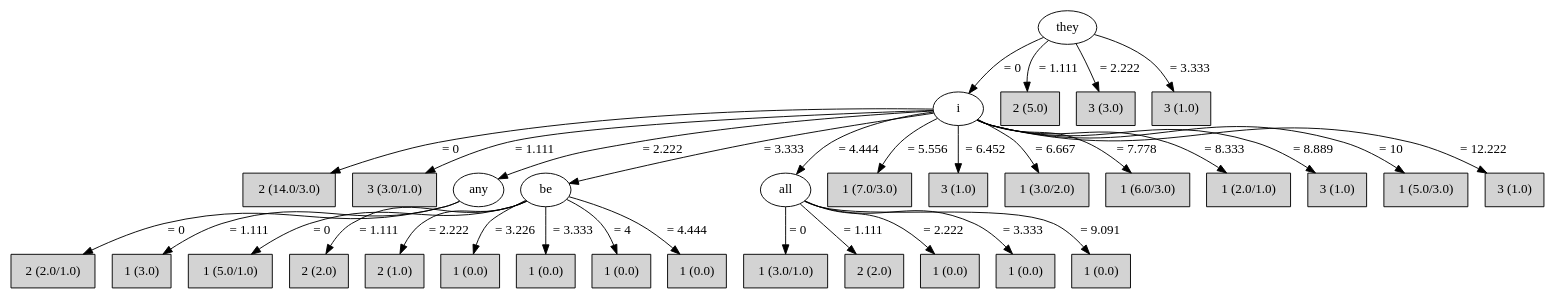
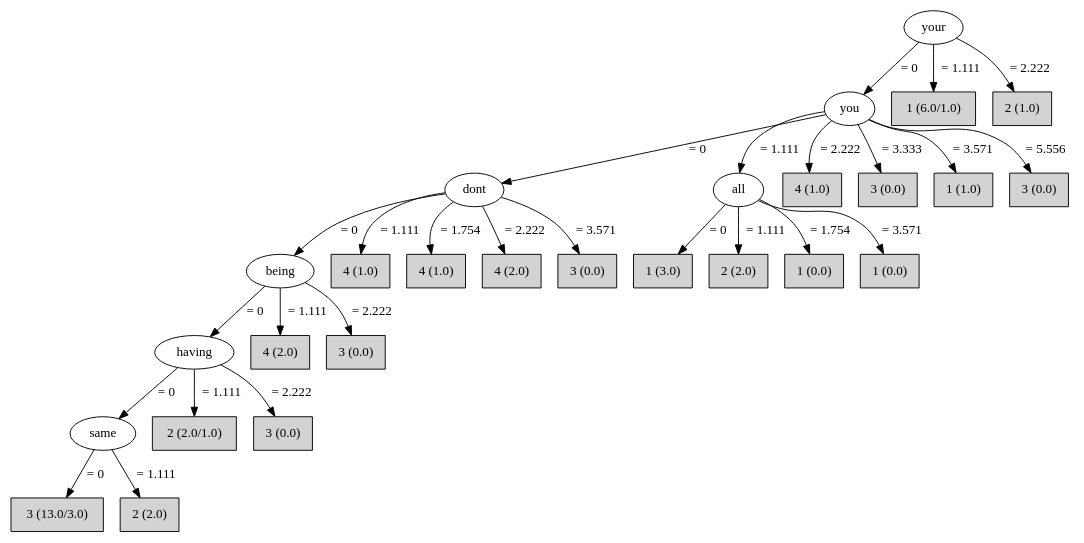
The diagram in app/assets/images/dots/class3.dot (einnor/StylometryProject), drawn with Graphviz before and after one commit. The commit also changed 55 other files, not shown here.

```diff
--- a/app/assets/images/dots/class3.dot
+++ b/app/assets/images/dots/class3.dot
@@ -1,65 +1,55 @@
 digraph J48Tree {
-N0 [label="they" ]
+N0 [label="your" ]
 N0->N1 [label="= 0"]
-N1 [label="i" ]
+N1 [label="you" ]
 N1->N2 [label="= 0"]
-N2 [label="2 (14.0/3.0)" shape=box style=filled ]
-N1->N3 [label="= 1.111"]
-N3 [label="3 (3.0/1.0)" shape=box style=filled ]
-N1->N4 [label="= 2.222"]
-N4 [label="any" ]
+N2 [label="dont" ]
+N2->N3 [label="= 0"]
+N3 [label="being" ]
+N3->N4 [label="= 0"]
+N4 [label="having" ]
 N4->N5 [label="= 0"]
-N5 [label="2 (2.0/1.0)" shape=box style=filled ]
-N4->N6 [label="= 1.111"]
-N6 [label="1 (3.0)" shape=box style=filled ]
-N1->N7 [label="= 3.333"]
-N7 [label="be" ]
-N7->N8 [label="= 0"]
-N8 [label="1 (5.0/1.0)" shape=box style=filled ]
-N7->N9 [label="= 1.111"]
-N9 [label="2 (2.0)" shape=box style=filled ]
-N7->N10 [label="= 2.222"]
-N10 [label="2 (1.0)" shape=box style=filled ]
-N7->N11 [label="= 3.226"]
-N11 [label="1 (0.0)" shape=box style=filled ]
-N7->N12 [label="= 3.333"]
-N12 [label="1 (0.0)" shape=box style=filled ]
-N7->N13 [label="= 4"]
-N13 [label="1 (0.0)" shape=box style=filled ]
-N7->N14 [label="= 4.444"]
-N14 [label="1 (0.0)" shape=box style=filled ]
-N1->N15 [label="= 4.444"]
-N15 [label="all" ]
-N15->N16 [label="= 0"]
-N16 [label="1 (3.0/1.0)" shape=box style=filled ]
-N15->N17 [label="= 1.111"]
-N17 [label="2 (2.0)" shape=box style=filled ]
-N15->N18 [label="= 2.222"]
-N18 [label="1 (0.0)" shape=box style=filled ]
-N15->N19 [label="= 3.333"]
+N5 [label="same" ]
+N5->N6 [label="= 0"]
+N6 [label="3 (13.0/3.0)" shape=box style=filled ]
+N5->N7 [label="= 1.111"]
+N7 [label="2 (2.0)" shape=box style=filled ]
+N4->N8 [label="= 1.111"]
+N8 [label="2 (2.0/1.0)" shape=box style=filled ]
+N4->N9 [label="= 2.222"]
+N9 [label="3 (0.0)" shape=box style=filled ]
+N3->N10 [label="= 1.111"]
+N10 [label="4 (2.0)" shape=box style=filled ]
+N3->N11 [label="= 2.222"]
+N11 [label="3 (0.0)" shape=box style=filled ]
+N2->N12 [label="= 1.111"]
+N12 [label="4 (1.0)" shape=box style=filled ]
+N2->N13 [label="= 1.754"]
+N13 [label="4 (1.0)" shape=box style=filled ]
+N2->N14 [label="= 2.222"]
+N14 [label="4 (2.0)" shape=box style=filled ]
+N2->N15 [label="= 3.571"]
+N15 [label="3 (0.0)" shape=box style=filled ]
+N1->N16 [label="= 1.111"]
+N16 [label="all" ]
+N16->N17 [label="= 0"]
+N17 [label="1 (3.0)" shape=box style=filled ]
+N16->N18 [label="= 1.111"]
+N18 [label="2 (2.0)" shape=box style=filled ]
+N16->N19 [label="= 1.754"]
 N19 [label="1 (0.0)" shape=box style=filled ]
-N15->N20 [label="= 9.091"]
+N16->N20 [label="= 3.571"]
 N20 [label="1 (0.0)" shape=box style=filled ]
-N1->N21 [label="= 5.556"]
-N21 [label="1 (7.0/3.0)" shape=box style=filled ]
-N1->N22 [label="= 6.452"]
-N22 [label="3 (1.0)" shape=box style=filled ]
-N1->N23 [label="= 6.667"]
-N23 [label="1 (3.0/2.0)" shape=box style=filled ]
-N1->N24 [label="= 7.778"]
-N24 [label="1 (6.0/3.0)" shape=box style=filled ]
-N1->N25 [label="= 8.333"]
-N25 [label="1 (2.0/1.0)" shape=box style=filled ]
-N1->N26 [label="= 8.889"]
-N26 [label="3 (1.0)" shape=box style=filled ]
-N1->N27 [label="= 10"]
-N27 [label="1 (5.0/3.0)" shape=box style=filled ]
-N1->N28 [label="= 12.222"]
-N28 [label="3 (1.0)" shape=box style=filled ]
-N0->N29 [label="= 1.111"]
-N29 [label="2 (5.0)" shape=box style=filled ]
-N0->N30 [label="= 2.222"]
-N30 [label="3 (3.0)" shape=box style=filled ]
-N0->N31 [label="= 3.333"]
-N31 [label="3 (1.0)" shape=box style=filled ]
+N1->N21 [label="= 2.222"]
+N21 [label="4 (1.0)" shape=box style=filled ]
+N1->N22 [label="= 3.333"]
+N22 [label="3 (0.0)" shape=box style=filled ]
+N1->N23 [label="= 3.571"]
+N23 [label="1 (1.0)" shape=box style=filled ]
+N1->N24 [label="= 5.556"]
+N24 [label="3 (0.0)" shape=box style=filled ]
+N0->N25 [label="= 1.111"]
+N25 [label="1 (6.0/1.0)" shape=box style=filled ]
+N0->N26 [label="= 2.222"]
+N26 [label="2 (1.0)" shape=box style=filled ]
 }
```
